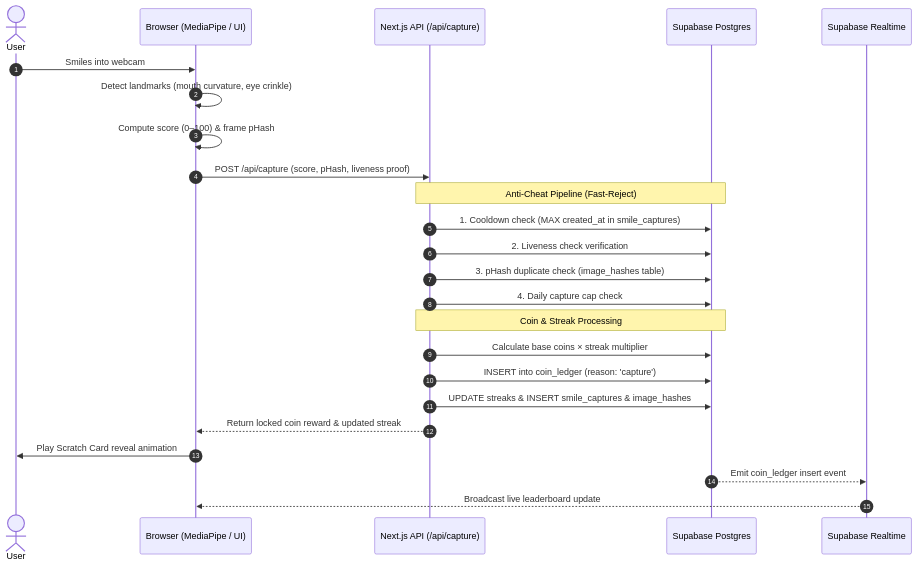
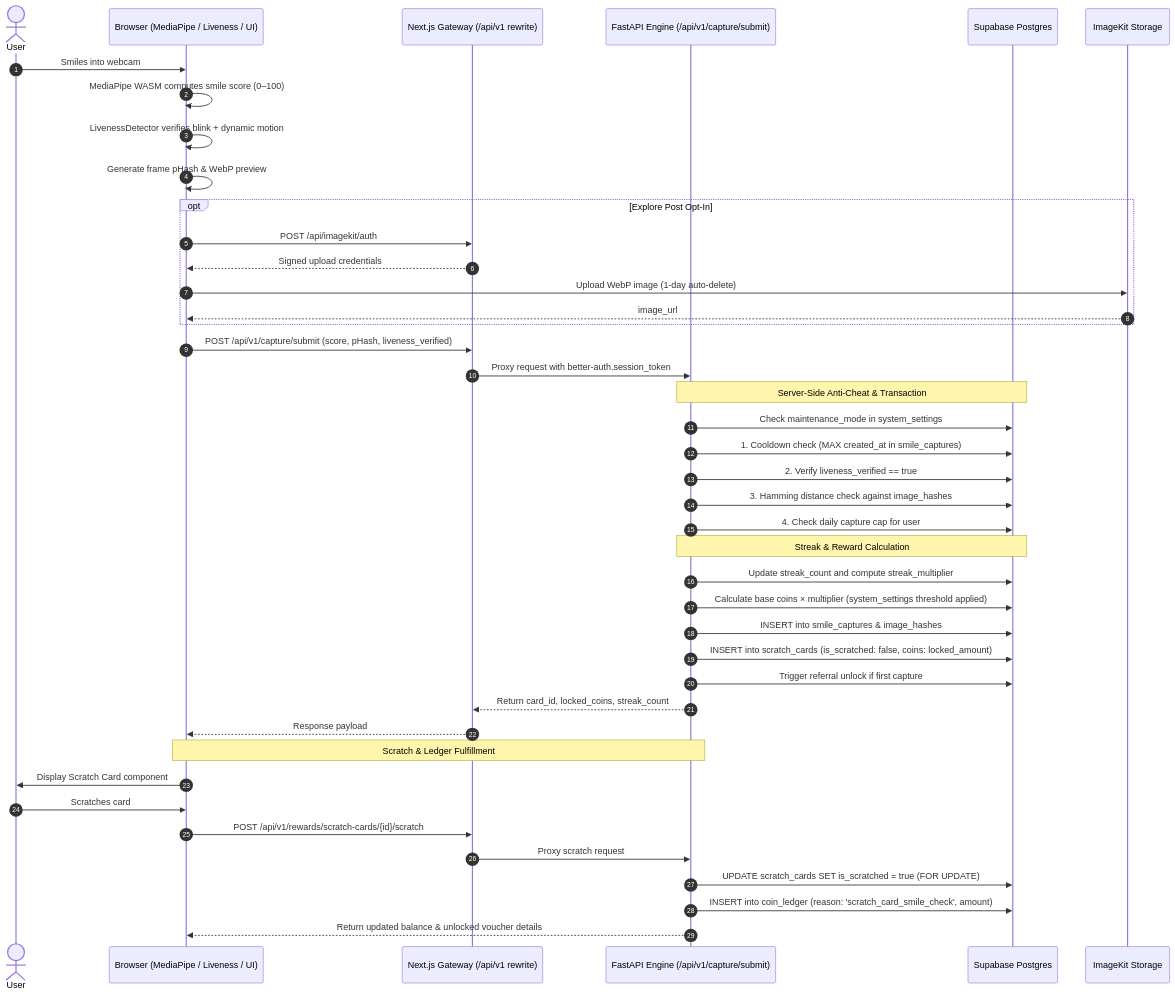
The second of 3 diagrams in architecture.md (ronisarkar-official/open-smile), drawn with Mermaid before and after one commit. The commit also changed other lines of this file and 7 other files, not shown here.

Commit message:
feat: introduce FastAPI backend engine and update architecture documentation

````diff
--- a/architecture.md
+++ b/architecture.md
@@ -78,30 +133,51 @@
 ```mermaid
 sequenceDiagram
     autonumber
     actor User
-    participant Client as Browser (MediaPipe / UI)
-    participant Server as Next.js API (/api/capture)
+    participant Client as Browser (MediaPipe / Liveness / UI)
+    participant Next as Next.js Gateway (/api/v1 rewrite)
+    participant API as FastAPI Engine (/api/v1/capture/submit)
     participant DB as Supabase Postgres
-    participant Realtime as Supabase Realtime
+    participant IK as ImageKit Storage
 
     User->>Client: Smiles into webcam
-    Client->>Client: Detect landmarks (mouth curvature, eye crinkle)
-    Client->>Client: Compute score (0–100) & frame pHash
-    Client->>Server: POST /api/capture (score, pHash, liveness proof)
+    Client->>Client: MediaPipe WASM computes smile score (0–100)
+    Client->>Client: LivenessDetector verifies blink + dynamic motion
+    Client->>Client: Generate frame pHash & WebP preview
+    
+    opt Explore Post Opt-In
+        Client->>Next: POST /api/imagekit/auth
+        Next-->>Client: Signed upload credentials
+        Client->>IK: Upload WebP image (1-day auto-delete)
+        IK-->>Client: image_url
+    end
 
-    Note over Server,DB: Anti-Cheat Pipeline (Fast-Reject)
-    Server->>DB: 1. Cooldown check (MAX created_at in smile_captures)
-    Server->>DB: 2. Liveness check verification
-    Server->>DB: 3. pHash duplicate check (image_hashes table)
-    Server->>DB: 4. Daily capture cap check
+    Client->>Next: POST /api/v1/capture/submit (score, pHash, liveness_verified)
+    Next->>API: Proxy request with better-auth.session_token
 
-    Note over Server,DB: Coin & Streak Processing
-    Server->>DB: Calculate base coins × streak multiplier
-    Server->>DB: INSERT into coin_ledger (reason: 'capture')
-    Server->>DB: UPDATE streaks & INSERT smile_captures & image_hashes
+    Note over API,DB: Server-Side Anti-Cheat & Transaction
+    API->>DB: Check maintenance_mode in system_settings
+    API->>DB: 1. Cooldown check (MAX created_at in smile_captures)
+    API->>DB: 2. Verify liveness_verified == true
+    API->>DB: 3. Hamming distance check against image_hashes
+    API->>DB: 4. Check daily capture cap for user
 
-    Server-->>Client: Return locked coin reward & updated streak
-    Client->>User: Play Scratch Card reveal animation
-    DB-->>Realtime: Emit coin_ledger insert event
-    Realtime-->>Client: Broadcast live leaderboard update
+    Note over API,DB: Streak & Reward Calculation
+    API->>DB: Update streak_count and compute streak_multiplier
+    API->>DB: Calculate base coins × multiplier (system_settings threshold applied)
+    API->>DB: INSERT into smile_captures & image_hashes
+    API->>DB: INSERT into scratch_cards (is_scratched: false, coins: locked_amount)
+    API->>DB: Trigger referral unlock if first capture
+
+    API-->>Next: Return card_id, locked_coins, streak_count
+    Next-->>Client: Response payload
+
+    Note over Client,API: Scratch & Ledger Fulfillment
+    Client->>User: Display Scratch Card component
+    User->>Client: Scratches card
+    Client->>Next: POST /api/v1/rewards/scratch-cards/{id}/scratch
+    Next->>API: Proxy scratch request
+    API->>DB: UPDATE scratch_cards SET is_scratched = true (FOR UPDATE)
+    API->>DB: INSERT into coin_ledger (reason: 'scratch_card_smile_check', amount)
+    API-->>Client: Return updated balance & unlocked voucher details
 ```
````
